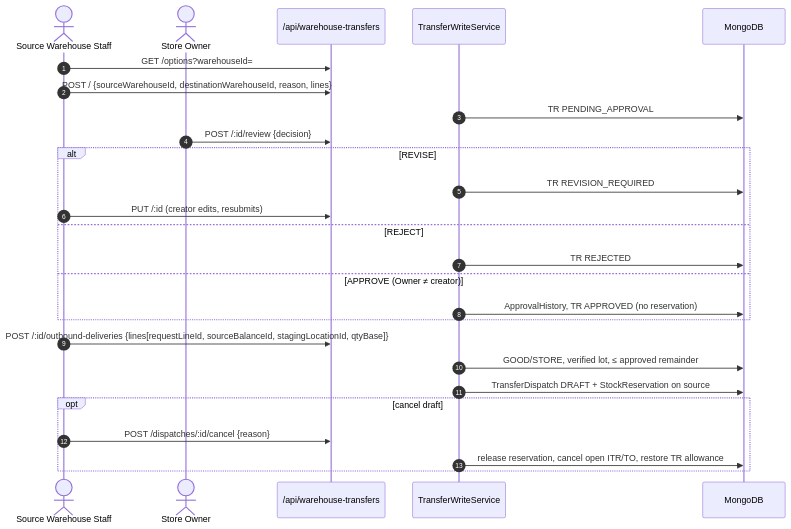
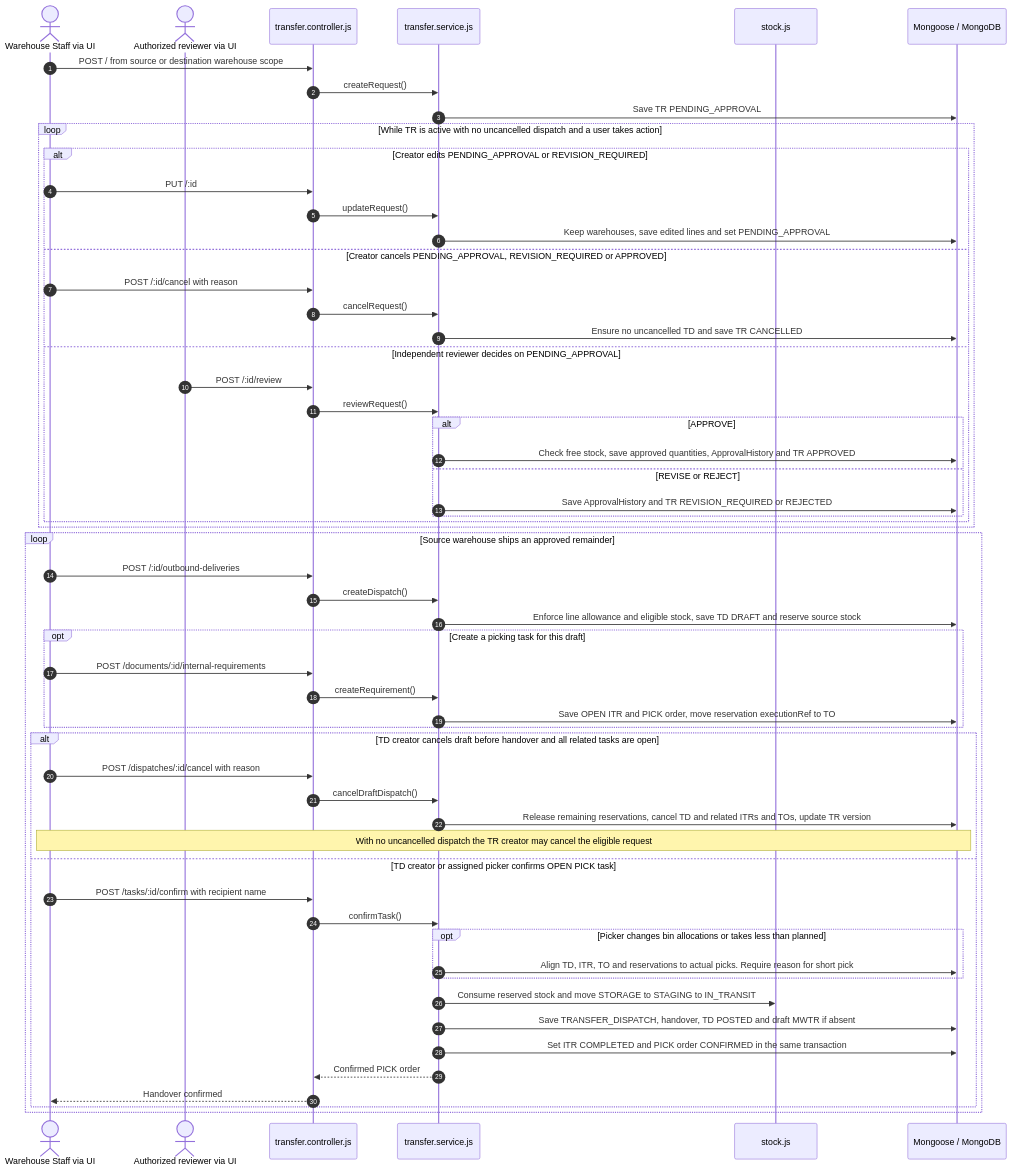
One commit to bupbalabup/wmsd_be changed diagram 34 of 46 in git_doc/docs/01_bao_cao/WMSD_Report4_Draft.md. Above: the diagram before and after it, drawn with Mermaid. The commit also changed other lines of this file, not shown here.

````diff
--- a/git_doc/docs/01_bao_cao/WMSD_Report4_Draft.md
+++ b/git_doc/docs/01_bao_cao/WMSD_Report4_Draft.md
@@ -2131,28 +2266,59 @@
 ```mermaid
 sequenceDiagram
   autonumber
-  actor WS as Source Warehouse Staff
-  actor O as Store Owner
-  participant API as /api/warehouse-transfers
-  participant S as TransferWriteService
-  participant DB as MongoDB
-  WS->>API: GET /options?warehouseId=
-  WS->>API: POST / {sourceWarehouseId, destinationWarehouseId, reason, lines}
-  S->>DB: TR PENDING_APPROVAL
-  O->>API: POST /:id/review {decision}
-  alt REVISE
-    S->>DB: TR REVISION_REQUIRED
-    WS->>API: PUT /:id (creator edits, resubmits)
-  else REJECT
-    S->>DB: TR REJECTED
-  else APPROVE (Owner ≠ creator)
-    S->>DB: ApprovalHistory, TR APPROVED (no reservation)
+  actor W as Warehouse Staff via UI
+  actor O as Authorized reviewer via UI
+  participant C as transfer.controller.js
+  participant S as transfer.service.js
+  participant K as stock.js
+  participant DB as Mongoose / MongoDB
+  W->>C: POST / from source or destination warehouse scope
+  C->>S: createRequest()
+  S->>DB: Save TR PENDING_APPROVAL
+  loop While TR is active with no uncancelled dispatch and a user takes action
+    alt Creator edits PENDING_APPROVAL or REVISION_REQUIRED
+      W->>C: PUT /:id
+      C->>S: updateRequest()
+      S->>DB: Keep warehouses, save edited lines and set PENDING_APPROVAL
+    else Creator cancels PENDING_APPROVAL, REVISION_REQUIRED or APPROVED
+      W->>C: POST /:id/cancel with reason
+      C->>S: cancelRequest()
+      S->>DB: Ensure no uncancelled TD and save TR CANCELLED
+    else Independent reviewer decides on PENDING_APPROVAL
+      O->>C: POST /:id/review
+      C->>S: reviewRequest()
+      alt APPROVE
+        S->>DB: Check free stock, save approved quantities, ApprovalHistory and TR APPROVED
+      else REVISE or REJECT
+        S->>DB: Save ApprovalHistory and TR REVISION_REQUIRED or REJECTED
+      end
+    end
   end
-  WS->>API: POST /:id/outbound-deliveries {lines[requestLineId, sourceBalanceId, stagingLocationId, qtyBase]}
-  S->>DB: GOOD/STORE, verified lot, ≤ approved remainder
-  S->>DB: TransferDispatch DRAFT + StockReservation on source
-  opt cancel draft
-    WS->>API: POST /dispatches/:id/cancel {reason}
-    S->>DB: release reservation, cancel open ITR/TO, restore TR allowance
+  loop Source warehouse ships an approved remainder
+    W->>C: POST /:id/outbound-deliveries
+    C->>S: createDispatch()
+    S->>DB: Enforce line allowance and eligible stock, save TD DRAFT and reserve source stock
+    opt Create a picking task for this draft
+      W->>C: POST /documents/:id/internal-requirements
+      C->>S: createRequirement()
+      S->>DB: Save OPEN ITR and PICK order, move reservation executionRef to TO
+    end
+    alt TD creator cancels draft before handover and all related tasks are open
+      W->>C: POST /dispatches/:id/cancel with reason
+      C->>S: cancelDraftDispatch()
+      S->>DB: Release remaining reservations, cancel TD and related ITRs and TOs, update TR version
+      Note over W,DB: With no uncancelled dispatch the TR creator may cancel the eligible request
+    else TD creator or assigned picker confirms OPEN PICK task
+      W->>C: POST /tasks/:id/confirm with recipient name
+      C->>S: confirmTask()
+      opt Picker changes bin allocations or takes less than planned
+        S->>DB: Align TD, ITR, TO and reservations to actual picks. Require reason for short pick
+      end
+      S->>K: Consume reserved stock and move STORAGE to STAGING to IN_TRANSIT
+      S->>DB: Save TRANSFER_DISPATCH, handover, TD POSTED and draft MWTR if absent
+      S->>DB: Set ITR COMPLETED and PICK order CONFIRMED in the same transaction
+      S-->>C: Confirmed PICK order
+      C-->>W: Handover confirmed
+    end
   end
 ```
````
